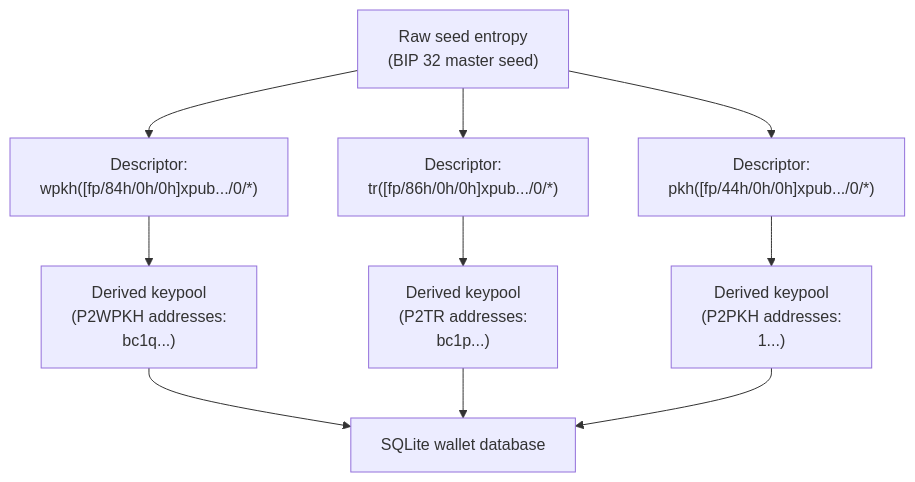
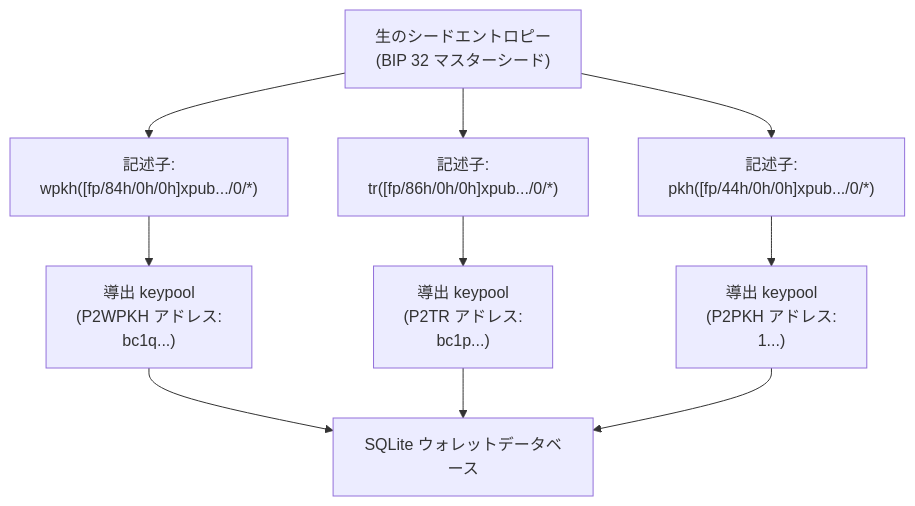
Before and after one commit to cypher256/BitcoinArchive: the second of 7 diagrams in src/data/translations/ja/design/2009-01-03-bitcoin-wallet-design.md, drawn with Mermaid. The commit also changed other lines of this file and 11 other files, not shown here.

````diff
--- a/src/data/translations/ja/design/2009-01-03-bitcoin-wallet-design.md
+++ b/src/data/translations/ja/design/2009-01-03-bitcoin-wallet-design.md
@@ -104,14 +104,14 @@
 ```mermaid
 flowchart TB
-    SEED["Raw seed entropy\n(BIP 32 master seed)"] --> DESC_WPKH["Descriptor:\nwpkh([fp/84h/0h/0h]xpub.../0/*)"]
-    SEED --> DESC_TR["Descriptor:\ntr([fp/86h/0h/0h]xpub.../0/*)"]
-    SEED --> DESC_PKH["Descriptor:\npkh([fp/44h/0h/0h]xpub.../0/*)"]
+    SEED["生のシードエントロピー\n(BIP 32 マスターシード)"] --> DESC_WPKH["記述子:\nwpkh([fp/84h/0h/0h]xpub.../0/*)"]
+    SEED --> DESC_TR["記述子:\ntr([fp/86h/0h/0h]xpub.../0/*)"]
+    SEED --> DESC_PKH["記述子:\npkh([fp/44h/0h/0h]xpub.../0/*)"]
 
-    DESC_WPKH --> POOL_W["Derived keypool\n(P2WPKH addresses:\nbc1q...)"]
-    DESC_TR --> POOL_T["Derived keypool\n(P2TR addresses:\nbc1p...)"]
-    DESC_PKH --> POOL_P["Derived keypool\n(P2PKH addresses:\n1...)"]
+    DESC_WPKH --> POOL_W["導出 keypool\n(P2WPKH アドレス:\nbc1q...)"]
+    DESC_TR --> POOL_T["導出 keypool\n(P2TR アドレス:\nbc1p...)"]
+    DESC_PKH --> POOL_P["導出 keypool\n(P2PKH アドレス:\n1...)"]
 
-    POOL_W --> DB["SQLite wallet database"]
+    POOL_W --> DB["SQLite ウォレットデータベース"]
     POOL_T --> DB
     POOL_P --> DB
 ```
````
